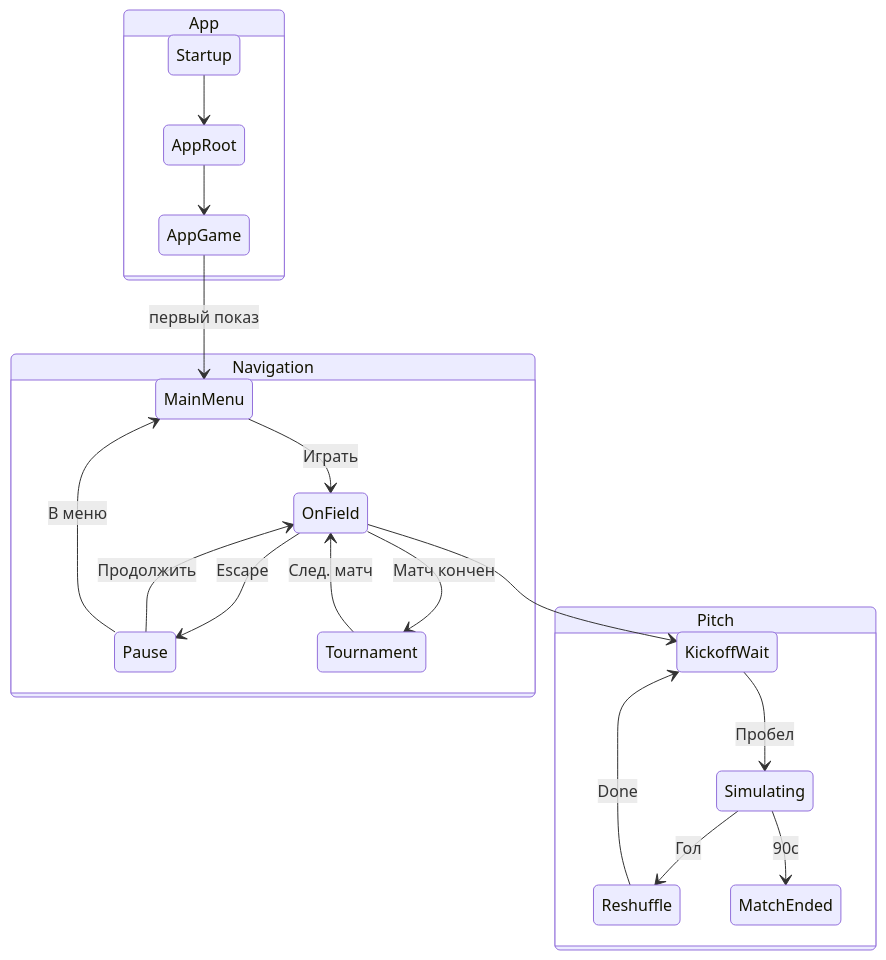
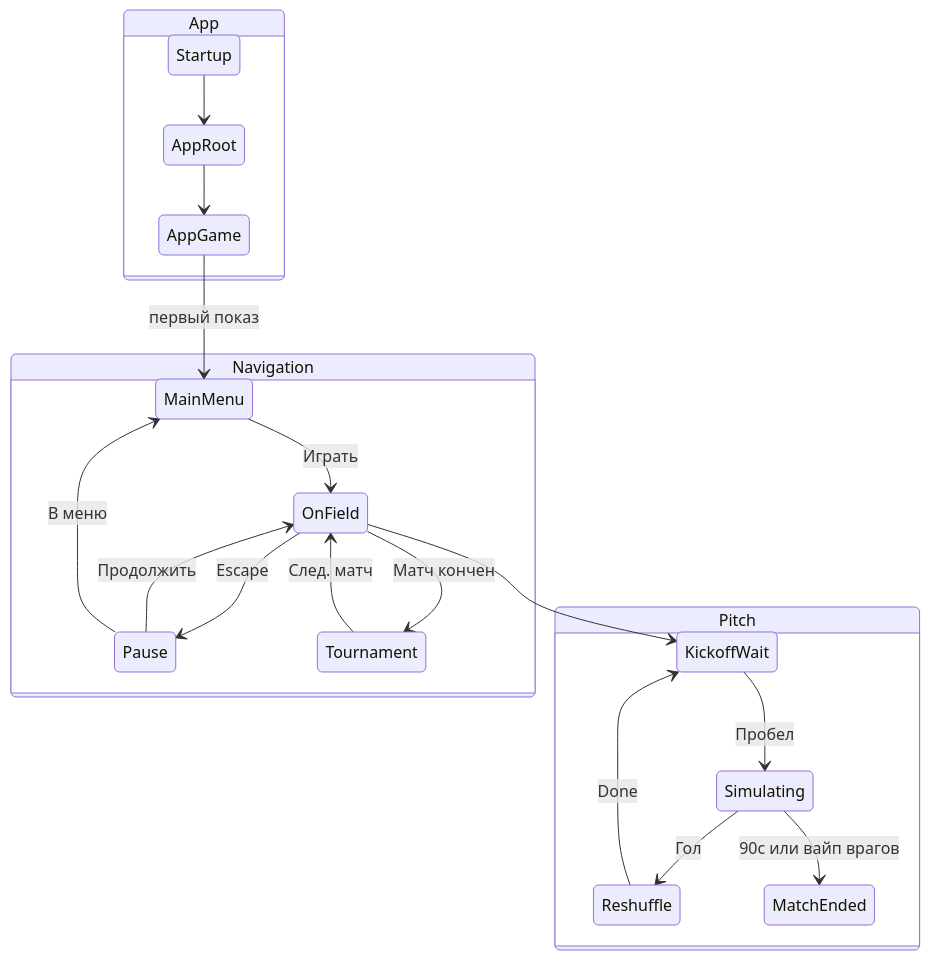
Before and after one commit to DeployChef/Futboloid: the diagram in Wiki/FutboloidWiki/Архитектура/Индекс архитектуры.md, drawn with Mermaid. The commit also changed other lines of this file and 16 other files, not shown here.

````diff
--- a/Wiki/FutboloidWiki/Архитектура/Индекс архитектуры.md
+++ b/Wiki/FutboloidWiki/Архитектура/Индекс архитектуры.md
@@ -59,26 +61,26 @@
 ```mermaid
 stateDiagram-v2
     state "App" as app {
         Startup --> AppRoot
         AppRoot --> AppGame
     }
 
     state "Navigation" as nav {
         MainMenu --> OnField: Играть
         OnField --> Pause: Escape
         Pause --> OnField: Продолжить
         OnField --> Tournament: Матч кончен
         Tournament --> OnField: След. матч
         Pause --> MainMenu: В меню
     }
 
     state "Pitch" as pitch {
         KickoffWait --> Simulating: Пробел
         Simulating --> Reshuffle: Гол
         Reshuffle --> KickoffWait: Done
-        Simulating --> MatchEnded: 90с
+        Simulating --> MatchEnded: 90с или вайп врагов
     }
 
     AppGame --> MainMenu: первый показ
     OnField --> KickoffWait
 ```
````
